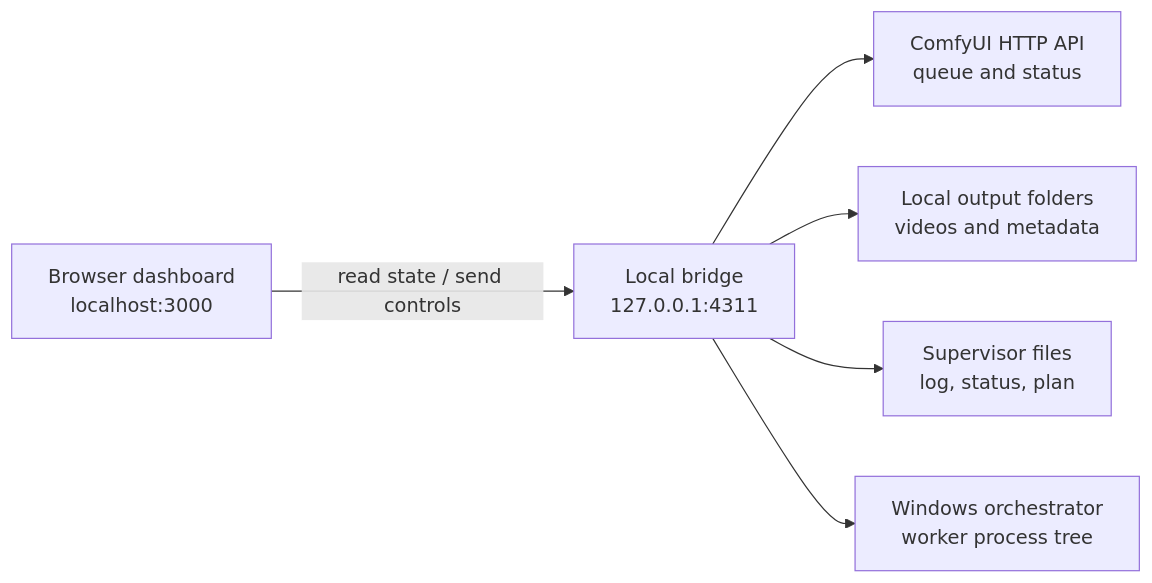
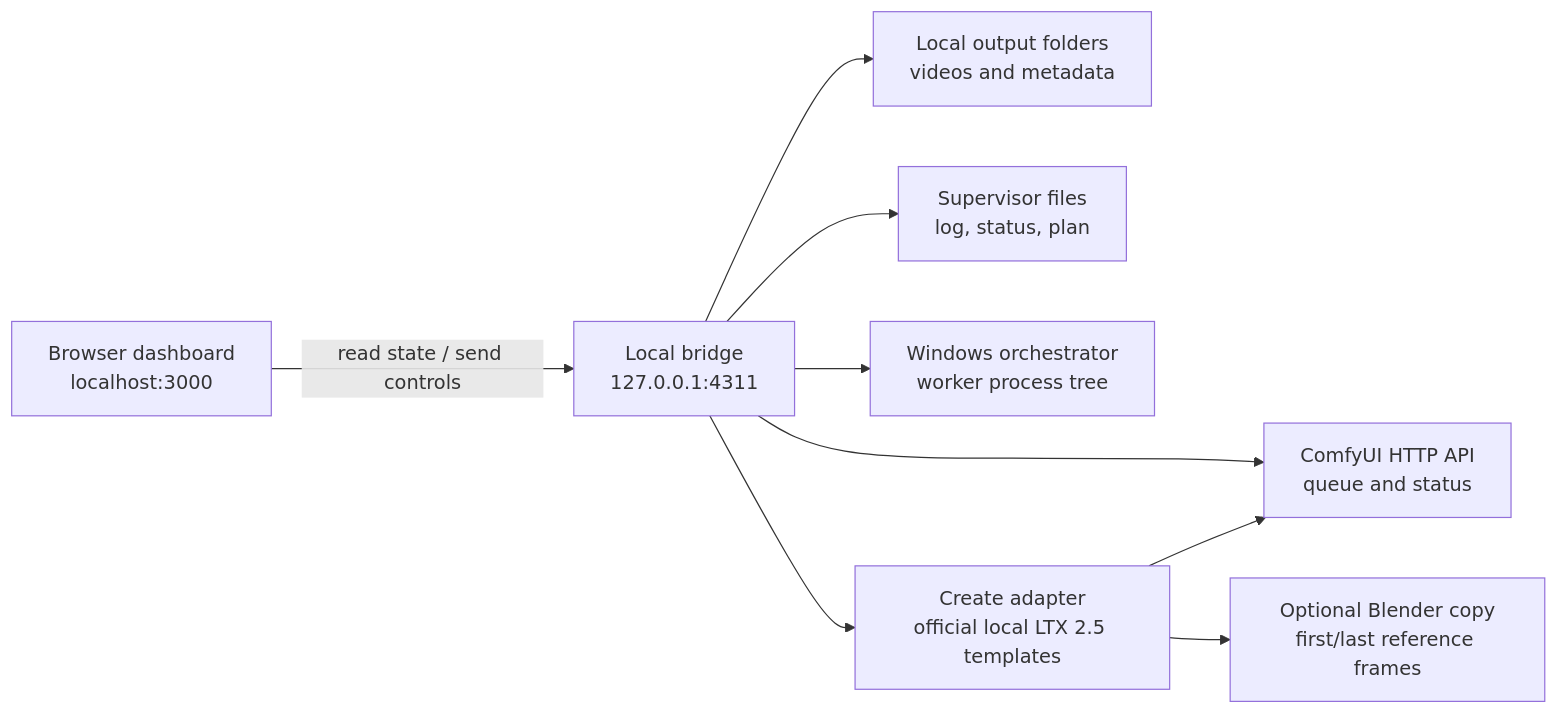
One commit to Orffyrus-Qc/LTX-Watch changed the diagram in README.md. Above: the diagram before and after it, drawn with Mermaid. The commit also changed other lines of this file and 15 other files, not shown here.

````diff
--- a/README.md
+++ b/README.md
@@ -225,15 +248,20 @@
 ```mermaid
 flowchart LR
   UI[Browser dashboard\nlocalhost:3000]
   Bridge[Local bridge\n127.0.0.1:4311]
   Comfy[ComfyUI HTTP API\nqueue and status]
   Files[Local output folders\nvideos and metadata]
   Logs[Supervisor files\nlog, status, plan]
   Control[Windows orchestrator\nworker process tree]
+  Create[Create adapter\nofficial local LTX 2.5 templates]
+  Blender[Optional Blender copy\nfirst/last reference frames]
 
   UI -->|read state / send controls| Bridge
   Bridge --> Comfy
   Bridge --> Files
   Bridge --> Logs
   Bridge --> Control
+  Bridge --> Create
+  Create --> Comfy
+  Create --> Blender
 ```
````
